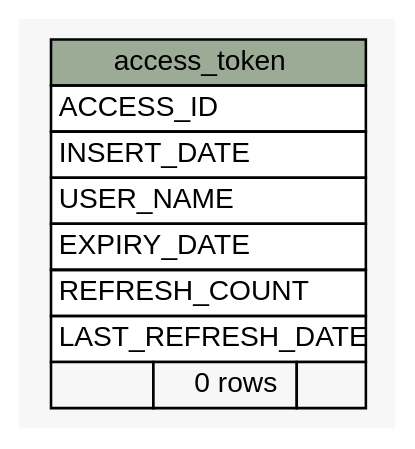
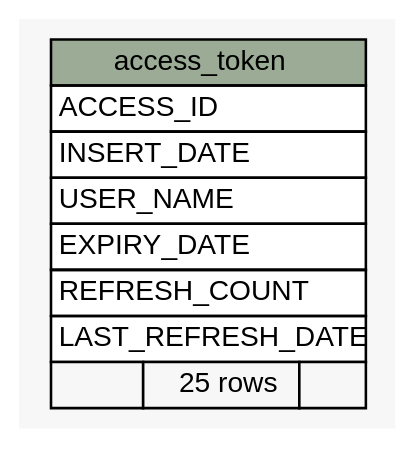
One commit to engineerscraft/hrms changed the diagram in docs/database/schemaspy/graphs/summary/access_token.1degree.dot. Above: the diagram before and after it, drawn with Graphviz. The commit also changed 174 other files, not shown here.

```diff
--- a/docs/database/schemaspy/graphs/summary/access_token.1degree.dot
+++ b/docs/database/schemaspy/graphs/summary/access_token.1degree.dot
@@ -1,30 +1,30 @@
 // dot 2.38.0 on Windows 7 6.1
 digraph "access_token" {
   graph [
     rankdir="RL"
     bgcolor="#f7f7f7"
   ];
   node [
     fontname="Helvetica"
     fontsize="11"
     shape="plaintext"
   ];
   edge [
     arrowsize="0.8"
   ];
   "access_token" [
     label=<
     <TABLE BORDER="0" CELLBORDER="1" CELLSPACING="0" BGCOLOR="#ffffff">
       <TR><TD PORT="access_token.heading" COLSPAN="3" BGCOLOR="#9bab96" ALIGN="CENTER">access_token</TD></TR>
       <TR><TD PORT="ACCESS_ID" COLSPAN="3" ALIGN="LEFT">ACCESS_ID</TD></TR>
       <TR><TD PORT="INSERT_DATE" COLSPAN="3" ALIGN="LEFT">INSERT_DATE</TD></TR>
       <TR><TD PORT="USER_NAME" COLSPAN="3" ALIGN="LEFT">USER_NAME</TD></TR>
       <TR><TD PORT="EXPIRY_DATE" COLSPAN="3" ALIGN="LEFT">EXPIRY_DATE</TD></TR>
       <TR><TD PORT="REFRESH_COUNT" COLSPAN="3" ALIGN="LEFT">REFRESH_COUNT</TD></TR>
       <TR><TD PORT="LAST_REFRESH_DATE" COLSPAN="3" ALIGN="LEFT">LAST_REFRESH_DATE</TD></TR>
-      <TR><TD ALIGN="LEFT" BGCOLOR="#f7f7f7">  </TD><TD ALIGN="RIGHT" BGCOLOR="#f7f7f7">0 rows</TD><TD ALIGN="RIGHT" BGCOLOR="#f7f7f7">  </TD></TR>
+      <TR><TD ALIGN="LEFT" BGCOLOR="#f7f7f7">  </TD><TD ALIGN="RIGHT" BGCOLOR="#f7f7f7">25 rows</TD><TD ALIGN="RIGHT" BGCOLOR="#f7f7f7">  </TD></TR>
     </TABLE>>
     URL="tables/access_token.html#"
     tooltip="access_token"
   ];
 }
```
